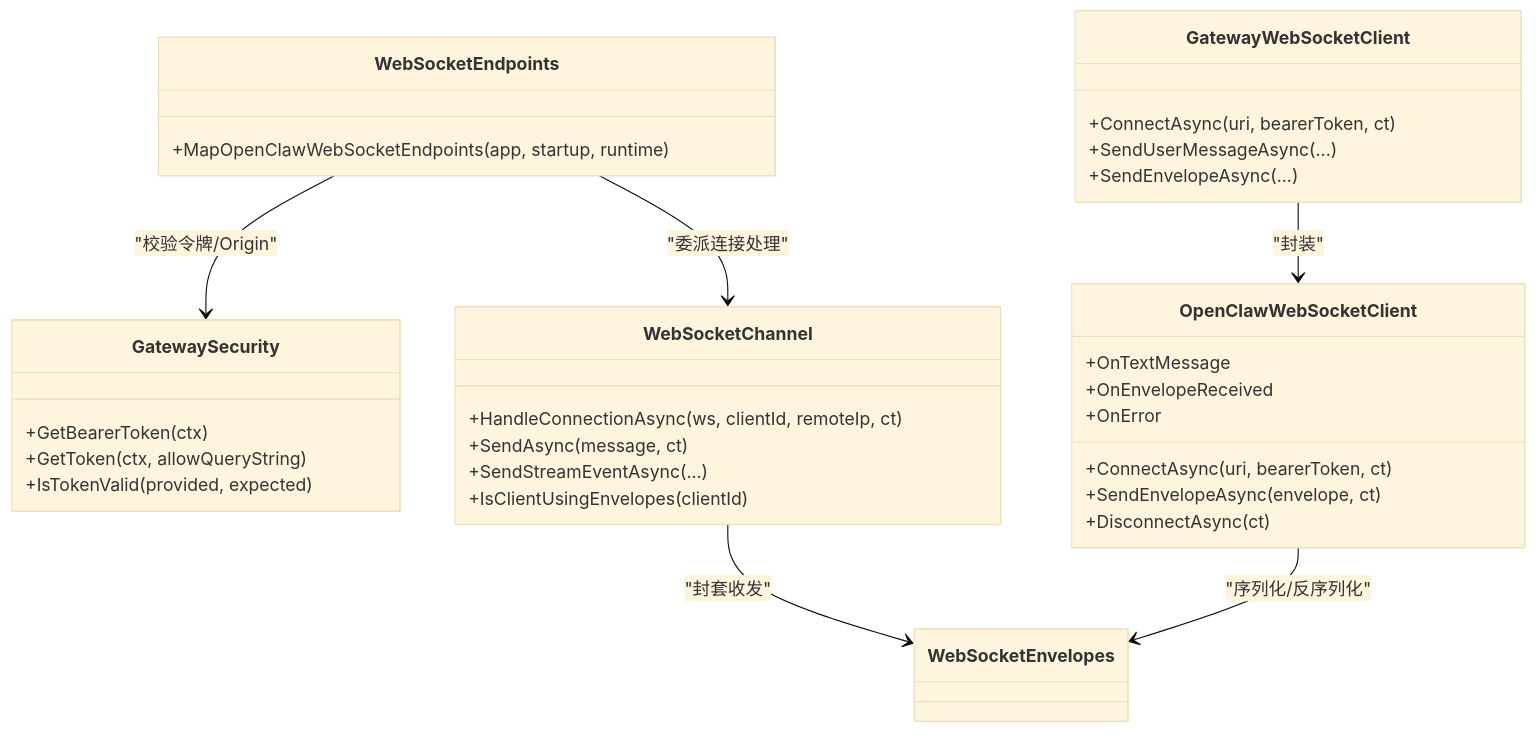
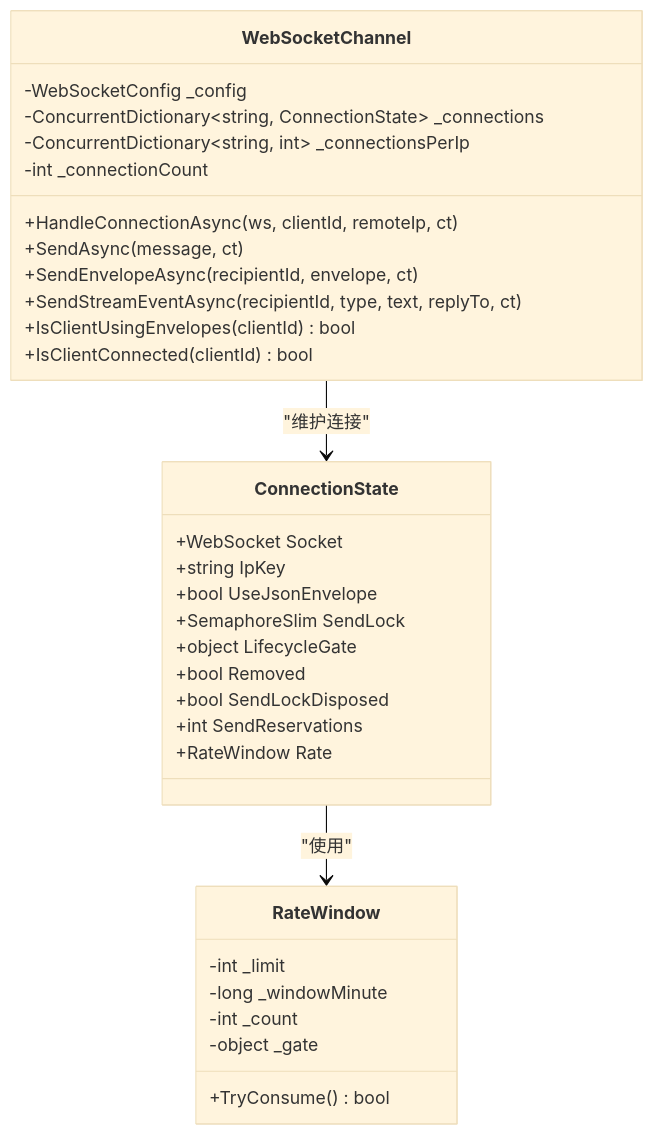
One commit to wayyet/kingcrab changed the third of 8 diagrams in .qoder/repowiki/zh/content/API 参考/WebSocket API.md. Above: the diagram before and after it, drawn with Mermaid (base theme). The commit also changed other lines of this file and 431 other files, not shown here.

````diff
--- a/.qoder/repowiki/zh/content/API 参考/WebSocket API.md
+++ b/.qoder/repowiki/zh/content/API 参考/WebSocket API.md
@@ -320,37 +154,35 @@
 ```mermaid
 classDiagram
-class WebSocketEndpoints {
-+MapOpenClawWebSocketEndpoints(app, startup, runtime)
-}
-class GatewaySecurity {
-+GetBearerToken(ctx)
-+GetToken(ctx, allowQueryString)
-+IsTokenValid(provided, expected)
-}
 class WebSocketChannel {
+-WebSocketConfig _config
+-ConcurrentDictionary~string, ConnectionState~ _connections
+-ConcurrentDictionary~string, int~ _connectionsPerIp
+-int _connectionCount
 +HandleConnectionAsync(ws, clientId, remoteIp, ct)
 +SendAsync(message, ct)
-+SendStreamEventAsync(...)
-+IsClientUsingEnvelopes(clientId)
++SendEnvelopeAsync(recipientId, envelope, ct)
++SendStreamEventAsync(recipientId, type, text, replyTo, ct)
++IsClientUsingEnvelopes(clientId) bool
++IsClientConnected(clientId) bool
 }
-class OpenClawWebSocketClient {
-+ConnectAsync(uri, bearerToken, ct)
-+SendEnvelopeAsync(envelope, ct)
-+DisconnectAsync(ct)
-+OnTextMessage
-+OnEnvelopeReceived
-+OnError
+class ConnectionState {
++WebSocket Socket
++string IpKey
++bool UseJsonEnvelope
++SemaphoreSlim SendLock
++object LifecycleGate
++bool Removed
++bool SendLockDisposed
++int SendReservations
++RateWindow Rate
 }
-class GatewayWebSocketClient {
-+ConnectAsync(uri, bearerToken, ct)
-+SendUserMessageAsync(...)
-+SendEnvelopeAsync(...)
+class RateWindow {
+-int _limit
+-long _windowMinute
+-int _count
+-object _gate
++TryConsume() bool
 }
-class WebSocketEnvelopes {
-}
-WebSocketEndpoints --> GatewaySecurity : "校验令牌/Origin"
-WebSocketEndpoints --> WebSocketChannel : "委派连接处理"
-GatewayWebSocketClient --> OpenClawWebSocketClient : "封装"
-OpenClawWebSocketClient --> WebSocketEnvelopes : "序列化/反序列化"
-WebSocketChannel --> WebSocketEnvelopes : "封套收发"
+WebSocketChannel --> ConnectionState : "维护连接"
+ConnectionState --> RateWindow : "使用"
 ```
````
